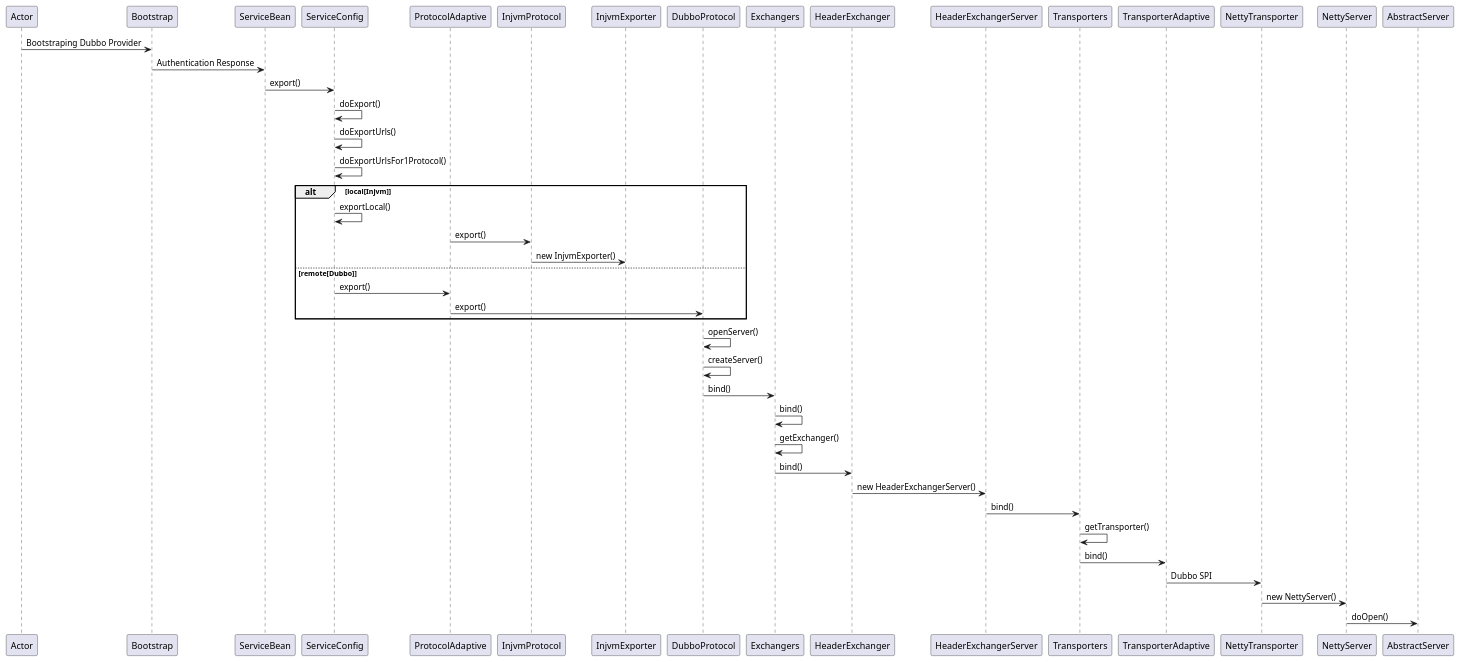
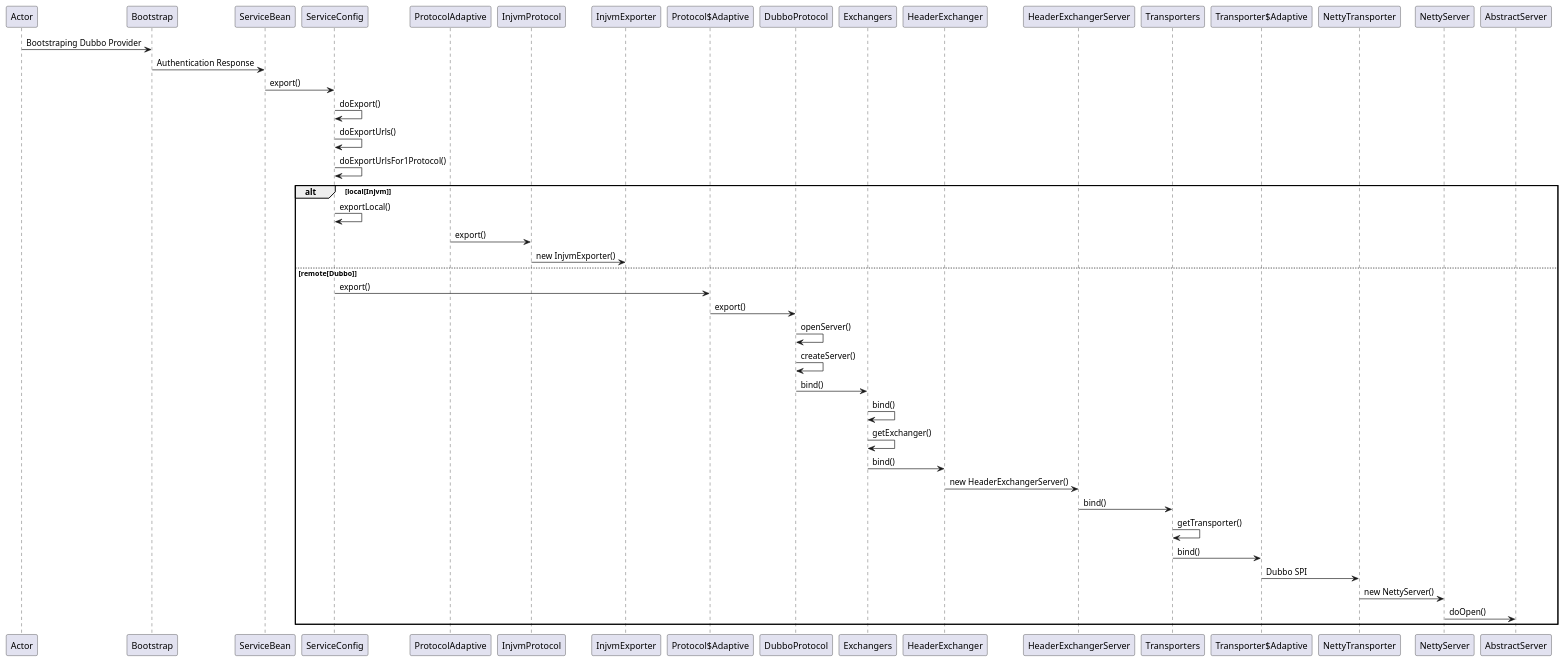
Before and after one commit to shuaijunlan/Spring-Learning: the diagram in dubbo/sequence-uml/dubbo-provider.puml, drawn with PlantUML.

```diff
--- a/dubbo/sequence-uml/dubbo-provider.puml
+++ b/dubbo/sequence-uml/dubbo-provider.puml
@@ -1,29 +1,29 @@
 @startuml
 Actor -> Bootstrap: Bootstraping Dubbo Provider
 Bootstrap -> ServiceBean: Authentication Response
 ServiceBean -> ServiceConfig: export()
 ServiceConfig -> ServiceConfig: doExport()
 ServiceConfig -> ServiceConfig: doExportUrls()
 ServiceConfig -> ServiceConfig: doExportUrlsFor1Protocol()
 alt local[Injvm]
 ServiceConfig -> ServiceConfig: exportLocal()
 ProtocolAdaptive -> InjvmProtocol: export()
 InjvmProtocol -> InjvmExporter: new InjvmExporter()
 else remote[Dubbo]
-ServiceConfig -> ProtocolAdaptive: export()
-ProtocolAdaptive -> DubboProtocol: export()
-end
+ServiceConfig -> "Protocol$Adaptive": export()
+"Protocol$Adaptive" -> DubboProtocol: export()
 DubboProtocol -> DubboProtocol: openServer()
 DubboProtocol -> DubboProtocol: createServer()
 DubboProtocol -> Exchangers: bind()
 Exchangers -> Exchangers: bind()
 Exchangers -> Exchangers: getExchanger()
 Exchangers -> HeaderExchanger: bind()
 HeaderExchanger -> HeaderExchangerServer: new HeaderExchangerServer()
 HeaderExchangerServer -> Transporters: bind()
 Transporters -> Transporters: getTransporter()
-Transporters -> TransporterAdaptive: bind()
-TransporterAdaptive -> NettyTransporter: Dubbo SPI
+Transporters -> "Transporter$Adaptive": bind()
+"Transporter$Adaptive" -> NettyTransporter: Dubbo SPI
 NettyTransporter -> NettyServer: new NettyServer()
 NettyServer -> AbstractServer: doOpen()
+end
 @enduml
```
